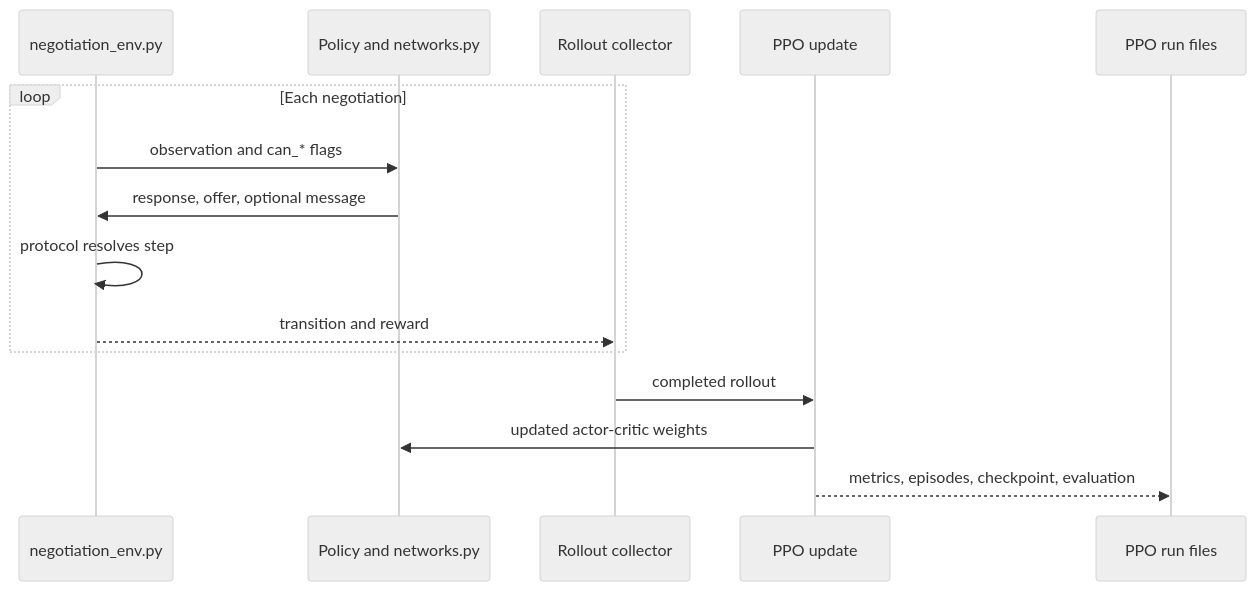
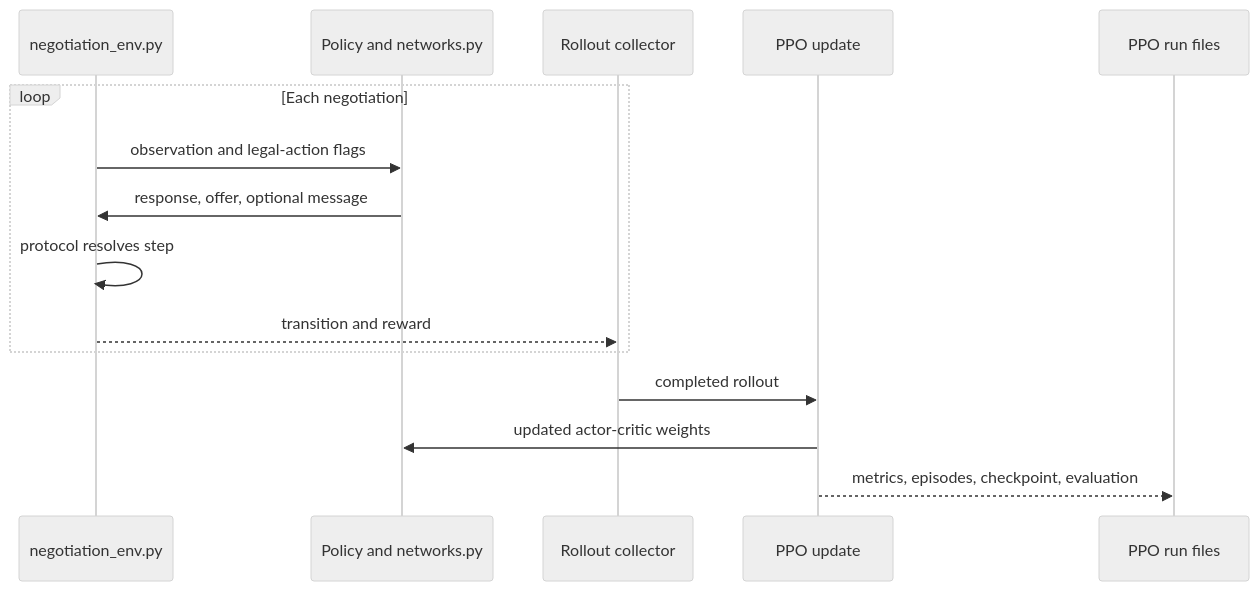
Before and after one commit to JayDhole16/Ultrex: the second of 3 diagrams in README.md, drawn with Mermaid (neutral theme). The commit also changed other lines of this file, not shown here.

````diff
--- a/README.md
+++ b/README.md
@@ -71,17 +134,17 @@
 ```mermaid
 sequenceDiagram
   participant Env as negotiation_env.py
   participant Policy as Policy and networks.py
   participant Rollout as Rollout collector
   participant PPO as PPO update
   participant Run as PPO run files
   loop Each negotiation
-    Env->>Policy: observation and can_* flags
+    Env->>Policy: observation and legal-action flags
     Policy->>Env: response, offer, optional message
     Env->>Env: protocol resolves step
     Env-->>Rollout: transition and reward
   end
   Rollout->>PPO: completed rollout
   PPO->>Policy: updated actor-critic weights
   PPO-->>Run: metrics, episodes, checkpoint, evaluation
 ```
````
